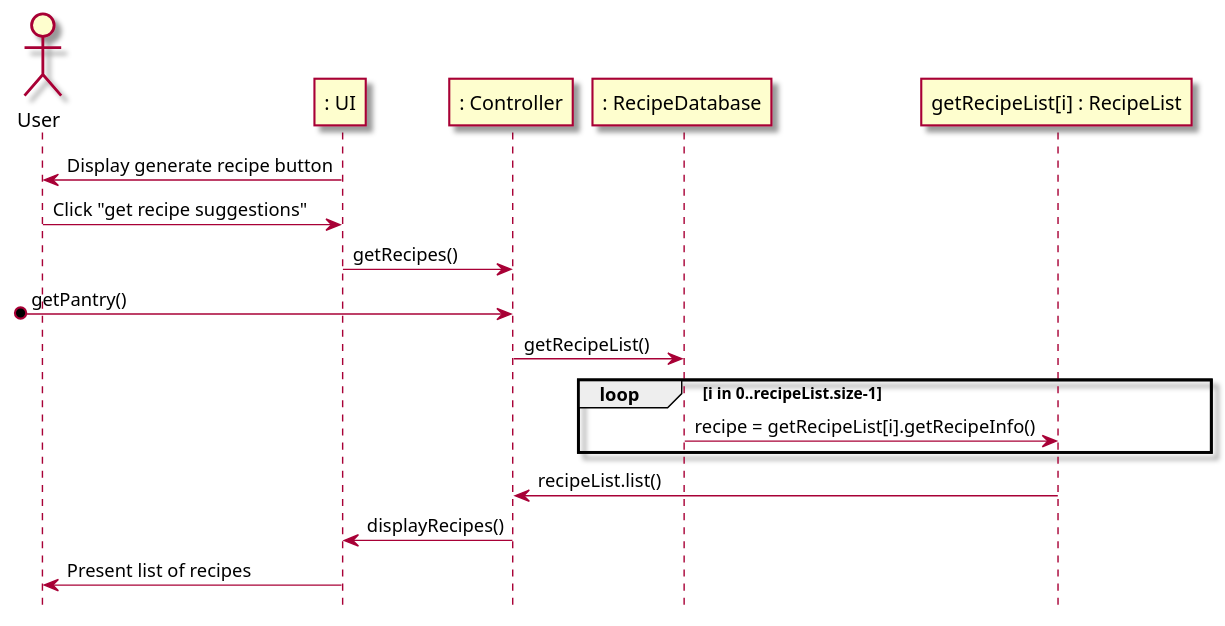
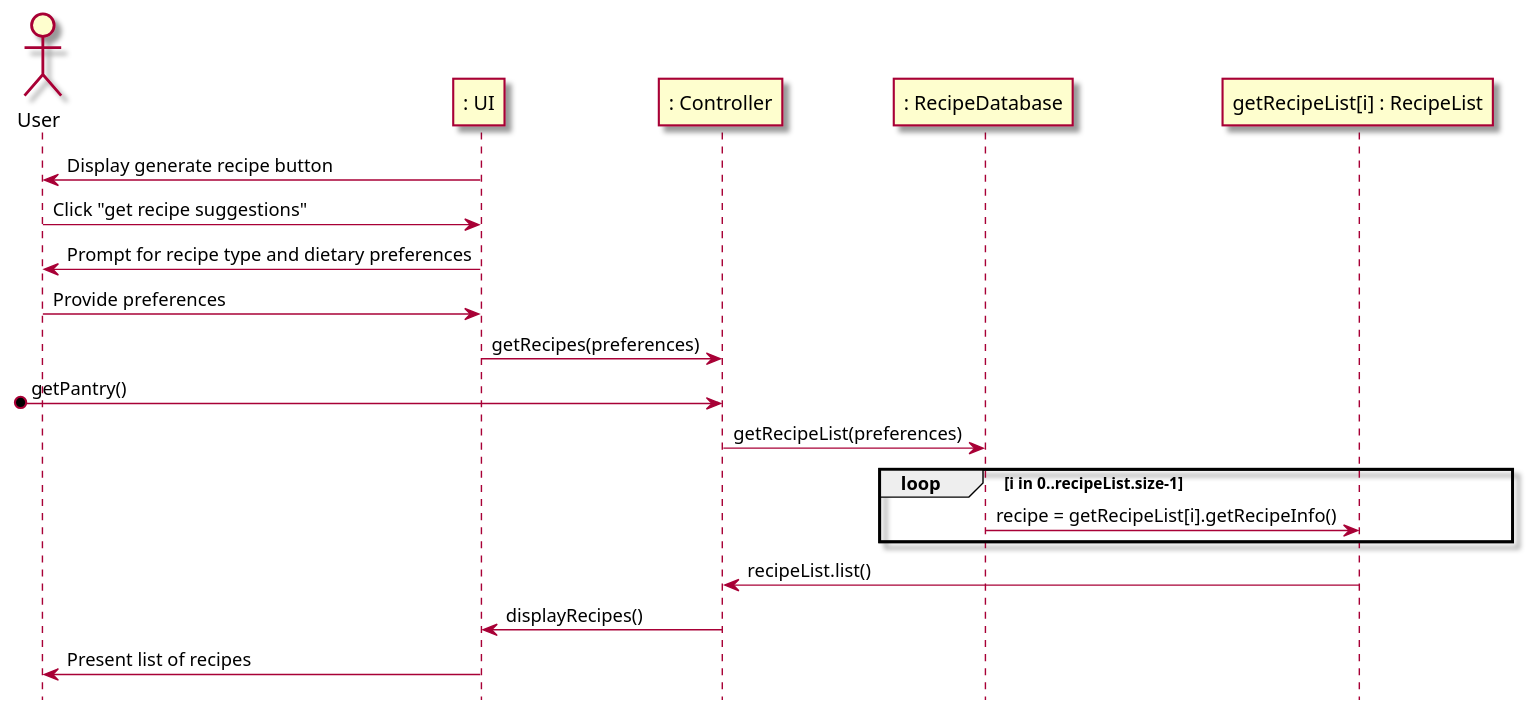
The second of 2 diagrams in intellij/doc/use-cases/generate_recipe.md (berthashipper/Pantry-Pal-Android-Application), drawn with PlantUML before and after one commit. The commit also changed other lines of this file and 2 other files, not shown here.

Commit message:
Improved generate_recipe use case based on feedback regarding filtering

`````diff
--- a/intellij/doc/use-cases/generate_recipe.md
+++ b/intellij/doc/use-cases/generate_recipe.md
@@ -63,28 +62,30 @@
 ```plantuml
 @startuml
 skin rose
 
 hide footbox
 
 actor User as user
 participant ": UI" as ui
 participant ": Controller" as cont
 participant ": RecipeDatabase" as recd
 
 ui -> user : Display generate recipe button
 user -> ui : Click "get recipe suggestions"
-ui -> cont : getRecipes()
+ui -> user : Prompt for recipe type and dietary preferences
+user -> ui : Provide preferences
+ui -> cont : getRecipes(preferences)
 [o-> cont : getPantry()
 
 participant "getRecipeList[i] : RecipeList" as rec
-cont -> recd : getRecipeList()
+cont -> recd : getRecipeList(preferences)
 loop i in 0..recipeList.size-1
 recd -> rec : recipe = getRecipeList[i].getRecipeInfo()
 end
 
 rec -> cont : recipeList.list()
 cont -> ui : displayRecipes()
 ui -> user : Present list of recipes
 
 @enduml
 ````
`````
